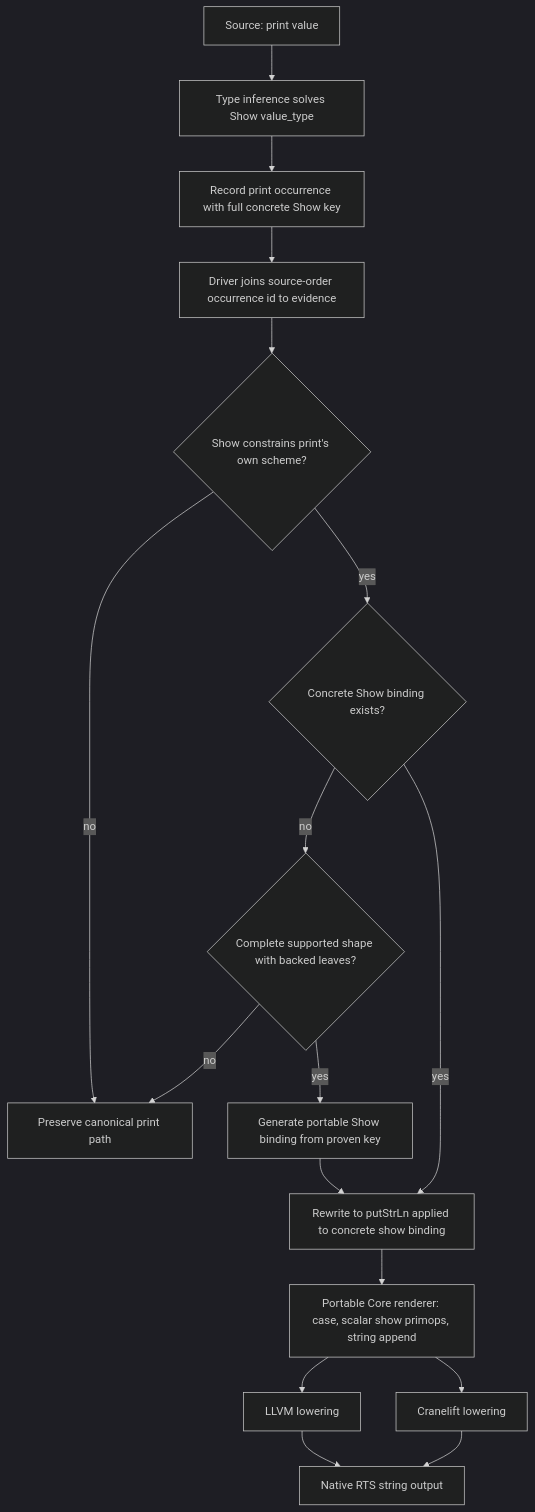
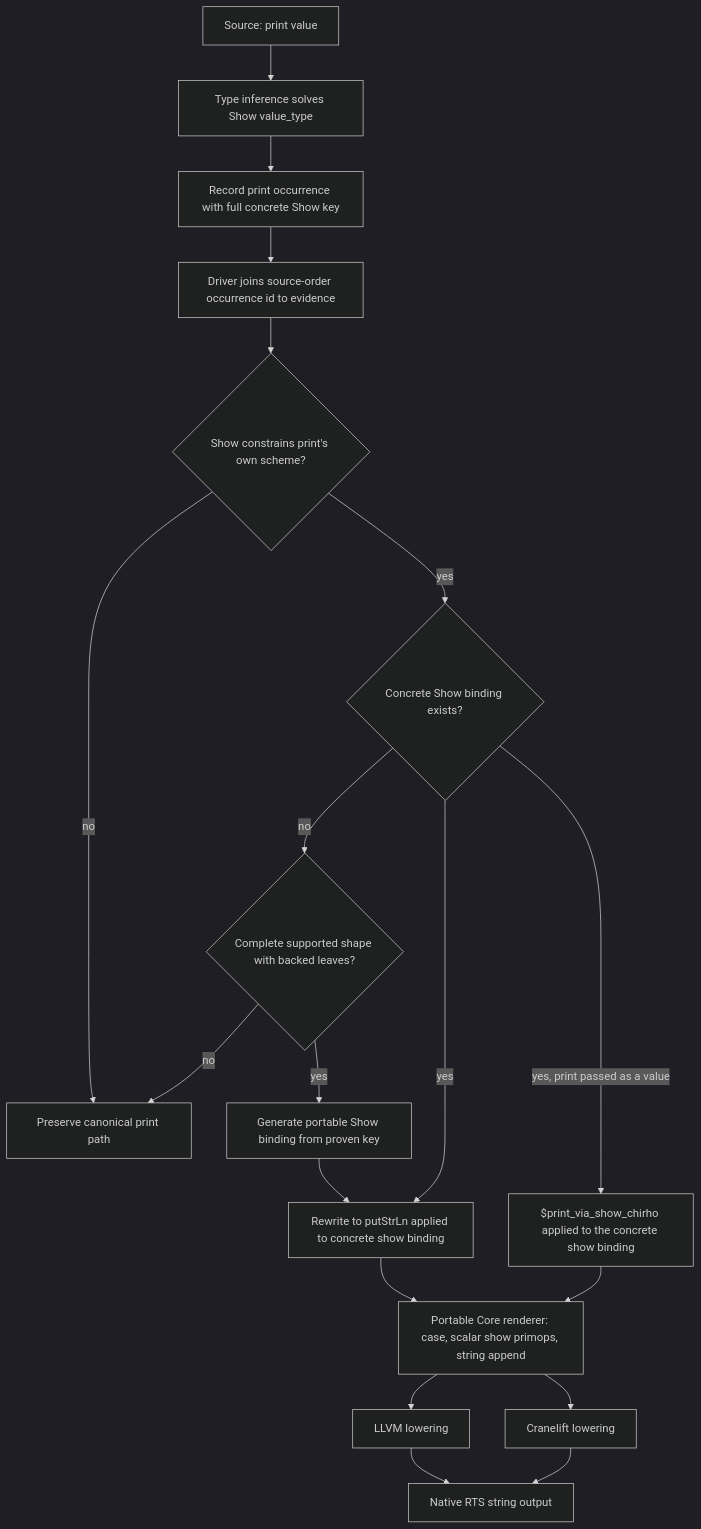
Before and after one commit to loveJesus/haskelujah-chirho: the first of 2 diagrams in spec-chirho/workflows-chirho/print-show-evidence-chirho.md, drawn with Mermaid (dark theme). The commit also changed other lines of this file and 6 other files, not shown here.

````diff
--- a/spec-chirho/workflows-chirho/print-show-evidence-chirho.md
+++ b/spec-chirho/workflows-chirho/print-show-evidence-chirho.md
@@ -10,19 +10,21 @@
 ```mermaid
 flowchart TD
     source_chirho[Source: print value] --> infer_chirho[Type inference solves Show value_type]
     infer_chirho --> occurrence_chirho[Record print occurrence with full concrete Show key]
     occurrence_chirho --> join_chirho[Driver joins source-order occurrence id to evidence]
     join_chirho --> validate_chirho{Show constrains print's own scheme?}
     validate_chirho -->|no| fallback_chirho[Preserve canonical print path]
     validate_chirho -->|yes| instance_chirho{Concrete Show binding exists?}
     instance_chirho -->|no| materialize_chirho{Complete supported shape with backed leaves?}
     materialize_chirho -->|no| fallback_chirho
     materialize_chirho -->|yes| generate_chirho[Generate portable Show binding from proven key]
     generate_chirho --> rewrite_chirho
     instance_chirho -->|yes| rewrite_chirho[Rewrite to putStrLn applied to concrete show binding]
+    instance_chirho -->|yes, print passed as a value| first_class_chirho["$print_via_show_chirho applied to the concrete show binding"]
+    first_class_chirho --> core_show_chirho
     rewrite_chirho --> core_show_chirho[Portable Core renderer: case, scalar show primops, string append]
     core_show_chirho --> llvm_chirho[LLVM lowering]
     core_show_chirho --> cranelift_chirho[Cranelift lowering]
     llvm_chirho --> rts_chirho[Native RTS string output]
     cranelift_chirho --> rts_chirho
 ```
````
